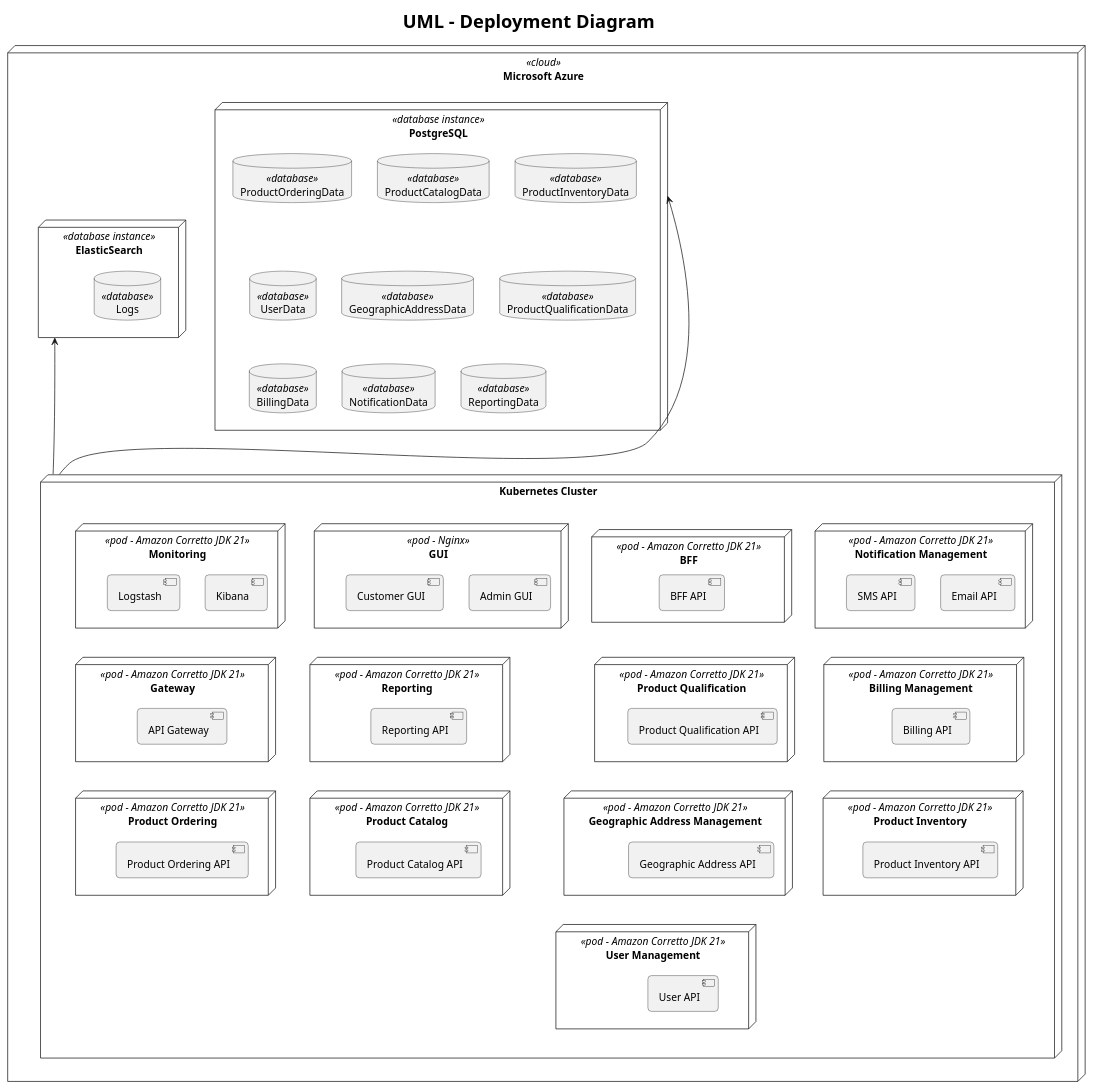
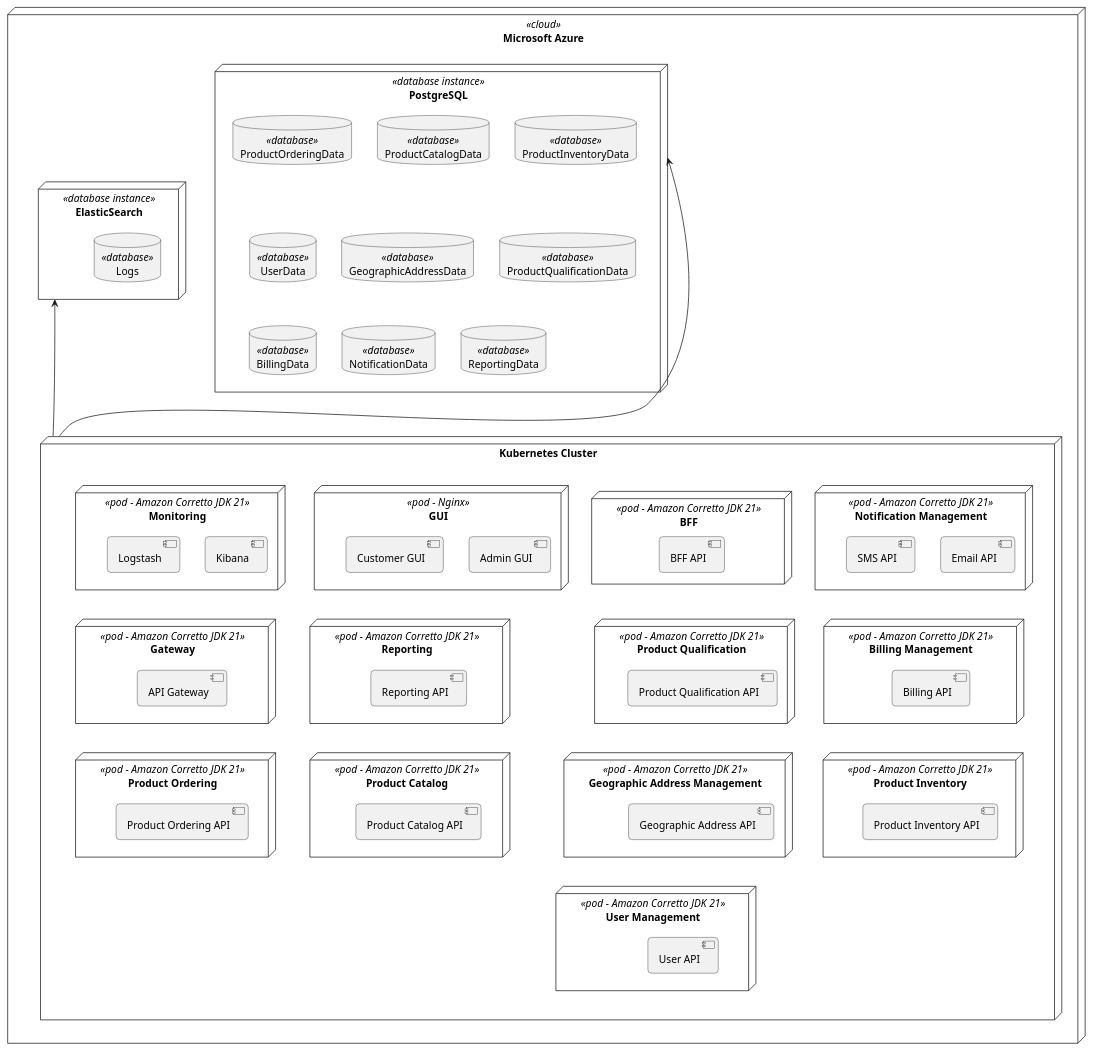
One commit to ensarhamzic/diplomski-rad-softversko-inzenjerstvo changed the diagram in uml/deployment/deployment.puml. Above: the diagram before and after it, drawn with PlantUML. The commit also changed 9 other files, not shown here.

Commit message:
remove titles from diagrams

```diff
--- a/uml/deployment/deployment.puml
+++ b/uml/deployment/deployment.puml
@@ -1,87 +1,82 @@
 @startuml
-skinparam titleFontSize 25
 skinparam roundCorner 10
-
-title
-UML - Deployment Diagram
-end title
 
 node "Microsoft Azure" <<cloud>> {
     node "Kubernetes Cluster" {
         node "Product Ordering" <<pod - Amazon Corretto JDK 21>> {
             component "Product Ordering API"
         }
         node "Product Catalog" <<pod - Amazon Corretto JDK 21>> {
             component "Product Catalog API"
         }
         node "Product Inventory" <<pod - Amazon Corretto JDK 21>> {
             component "Product Inventory API"
         }
         node "User Management" <<pod - Amazon Corretto JDK 21>> {
             component "User API"
         }
         node "Geographic Address Management" <<pod - Amazon Corretto JDK 21>> {
             component "Geographic Address API"
         }
         node "Product Qualification" <<pod - Amazon Corretto JDK 21>> {
             component "Product Qualification API"
         }
         node "Billing Management" <<pod - Amazon Corretto JDK 21>> {
             component "Billing API"
         }
         node "Notification Management" <<pod - Amazon Corretto JDK 21>> {
             component "Email API"
             component "SMS API"
         }
         node "Reporting" <<pod - Amazon Corretto JDK 21>> {
             component "Reporting API"
         }
         node "BFF" <<pod - Amazon Corretto JDK 21>> {
             component "BFF API"
         }
         node "Gateway" <<pod - Amazon Corretto JDK 21>> {
             component "API Gateway"
         }
         node "GUI" <<pod - Nginx>> {
             component "Admin GUI"
             component "Customer GUI"
         }
         node "Monitoring" <<pod - Amazon Corretto JDK 21>> {
             component "Kibana"
             component "Logstash"
         }
     }
     node ElasticSearch <<database instance>> {
         database Logs <<database>>
     }
 
     node PostgreSQL <<database instance>> {
         database ProductOrderingData <<database>>
         database ProductCatalogData <<database>>
         database ProductInventoryData <<database>>
         database UserData <<database>>
         database GeographicAddressData <<database>>
         database ProductQualificationData <<database>>
         database BillingData <<database>>
         database NotificationData <<database>>
         database ReportingData <<database>>
     }
 }
 
 "Kubernetes Cluster" -down-> ElasticSearch
 "Kubernetes Cluster" -> PostgreSQL
 
 ' Layout ---------------------------------------------------
 "Monitoring" -[hidden]-> Gateway
 GUI -[hidden]-> "Reporting"
 "Notification Management" -[hidden]-> "Billing Management"
 "Notification Management" -[hidden]-> "Product Qualification"
 "Product Qualification" -[hidden]-> "Geographic Address Management"
 Gateway -[hidden]-> "Product Ordering"
 "Reporting" -[hidden]-> "Product Catalog"
 "Billing Management" -[hidden]-> "Product Inventory"
 "Geographic Address Management" -[hidden]-> "User Management"
 [Product Ordering] -[hidden]u------> "PostgreSQL"
 "Kubernetes Cluster" -[hidden]u---> ElasticSearch
 ' -----------------------------------------------------------
 @enduml
```
